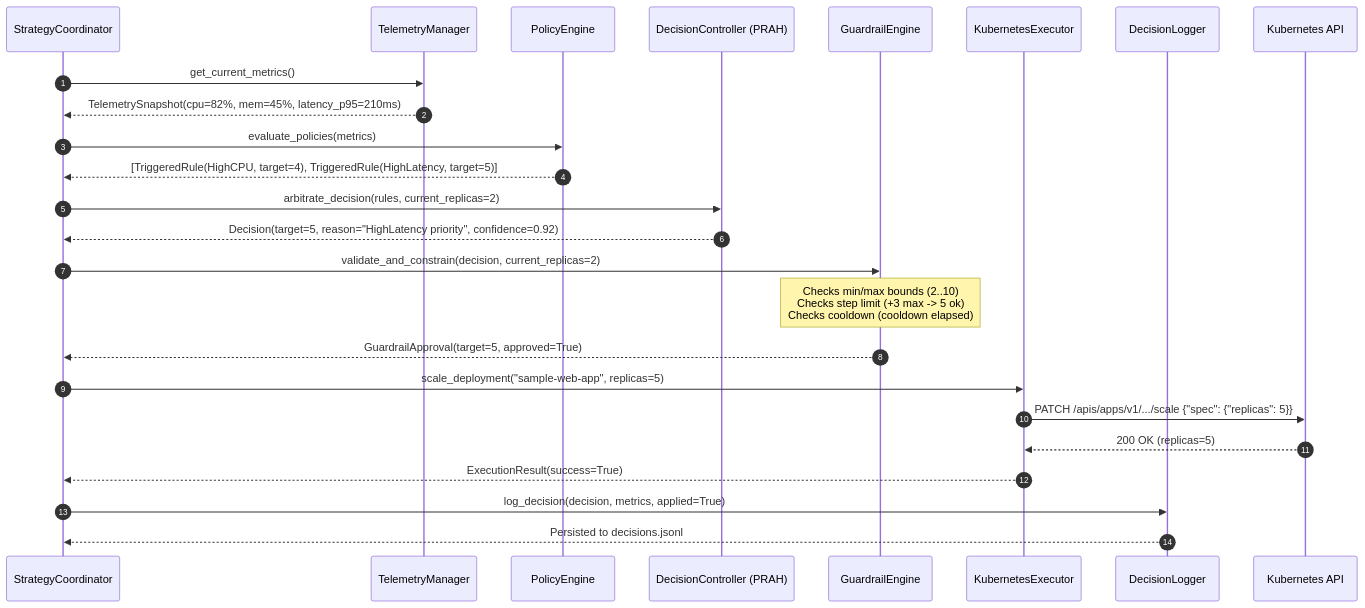
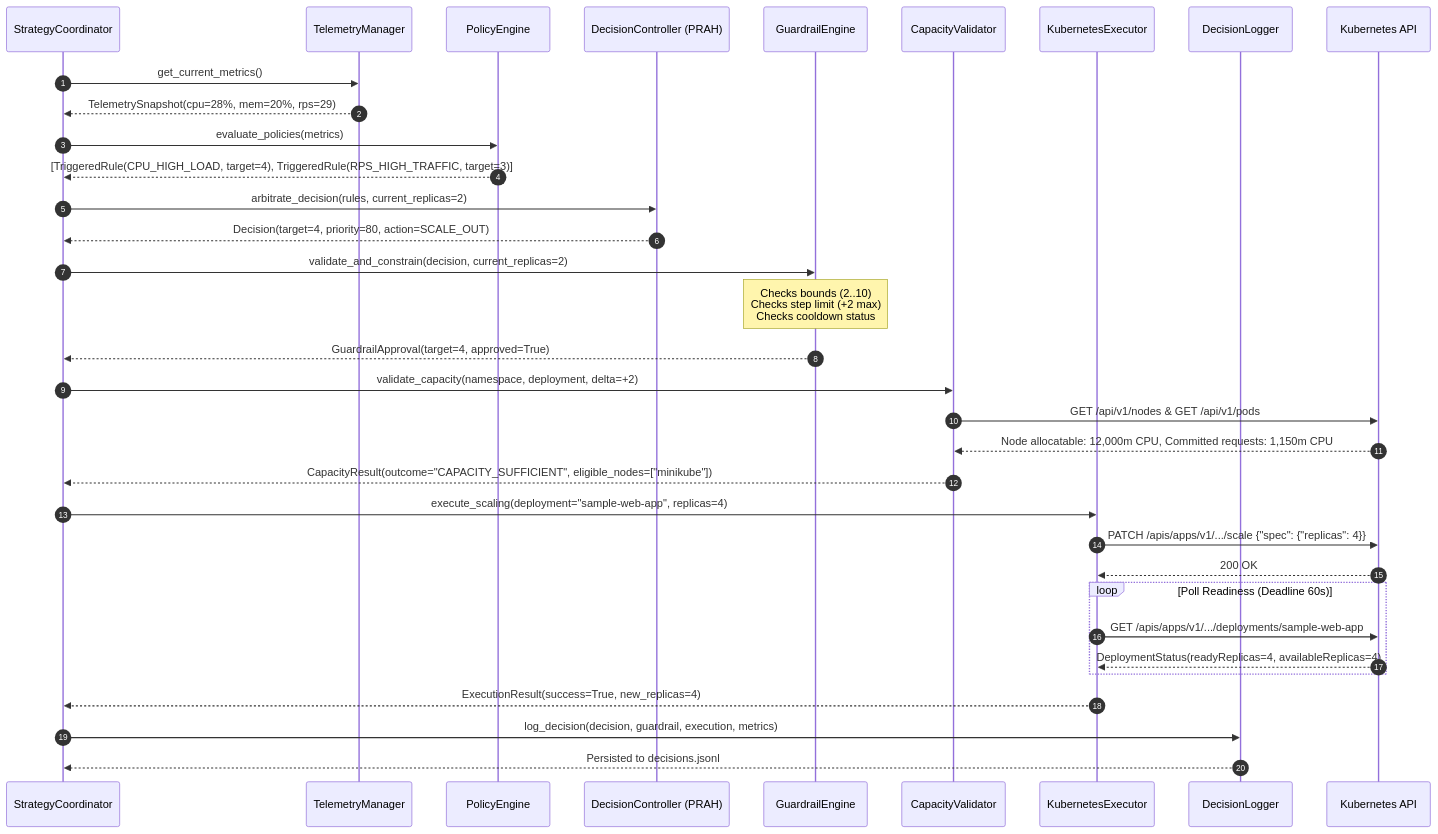
Before and after one commit to Sri-Ram-git/Kubernetes_based_autoscalling: the diagram in documents/markdown/SYSTEM_ARCHITECTURE.md, drawn with Mermaid. The commit also changed other lines of this file and 612 other files, not shown here.

Commit message:
feat(experiments): complete KubePilot implementation, capacity validator, pre-experiment audit, and experimental evaluation evidence

````diff
--- a/documents/markdown/SYSTEM_ARCHITECTURE.md
+++ b/documents/markdown/SYSTEM_ARCHITECTURE.md
@@ -127,33 +153,43 @@
 ```mermaid
 sequenceDiagram
     autonumber
     participant SC as StrategyCoordinator
     participant TM as TelemetryManager
     participant PE as PolicyEngine
     participant DC as DecisionController (PRAH)
     participant GE as GuardrailEngine
+    participant CV as CapacityValidator
     participant KE as KubernetesExecutor
     participant DL as DecisionLogger
     participant K8s as Kubernetes API
 
     SC->>TM: get_current_metrics()
-    TM-->>SC: TelemetrySnapshot(cpu=82%, mem=45%, latency_p95=210ms)
+    TM-->>SC: TelemetrySnapshot(cpu=28%, mem=20%, rps=29)
     
     SC->>PE: evaluate_policies(metrics)
-    PE-->>SC: [TriggeredRule(HighCPU, target=4), TriggeredRule(HighLatency, target=5)]
+    PE-->>SC: [TriggeredRule(CPU_HIGH_LOAD, target=4), TriggeredRule(RPS_HIGH_TRAFFIC, target=3)]
     
     SC->>DC: arbitrate_decision(rules, current_replicas=2)
-    DC-->>SC: Decision(target=5, reason="HighLatency priority", confidence=0.92)
+    DC-->>SC: Decision(target=4, priority=80, action=SCALE_OUT)
     
     SC->>GE: validate_and_constrain(decision, current_replicas=2)
-    Note over GE: Checks min/max bounds (2..10)<br/>Checks step limit (+3 max -> 5 ok)<br/>Checks cooldown (cooldown elapsed)
-    GE-->>SC: GuardrailApproval(target=5, approved=True)
+    Note over GE: Checks bounds (2..10)<br/>Checks step limit (+2 max)<br/>Checks cooldown status
+    GE-->>SC: GuardrailApproval(target=4, approved=True)
+
+    SC->>CV: validate_capacity(namespace, deployment, delta=+2)
+    CV->>K8s: GET /api/v1/nodes & GET /api/v1/pods
+    K8s-->>CV: Node allocatable: 12,000m CPU, Committed requests: 1,150m CPU
+    CV-->>SC: CapacityResult(outcome="CAPACITY_SUFFICIENT", eligible_nodes=["minikube"])
     
-    SC->>KE: scale_deployment("sample-web-app", replicas=5)
-    KE->>K8s: PATCH /apis/apps/v1/.../scale {"spec": {"replicas": 5}}
-    K8s-->>KE: 200 OK (replicas=5)
-    KE-->>SC: ExecutionResult(success=True)
+    SC->>KE: execute_scaling(deployment="sample-web-app", replicas=4)
+    KE->>K8s: PATCH /apis/apps/v1/.../scale {"spec": {"replicas": 4}}
+    K8s-->>KE: 200 OK
+    loop Poll Readiness (Deadline 60s)
+        KE->>K8s: GET /apis/apps/v1/.../deployments/sample-web-app
+        K8s-->>KE: DeploymentStatus(readyReplicas=4, availableReplicas=4)
+    end
+    KE-->>SC: ExecutionResult(success=True, new_replicas=4)
     
-    SC->>DL: log_decision(decision, metrics, applied=True)
+    SC->>DL: log_decision(decision, guardrail, execution, metrics)
     DL-->>SC: Persisted to decisions.jsonl
 ```
````
